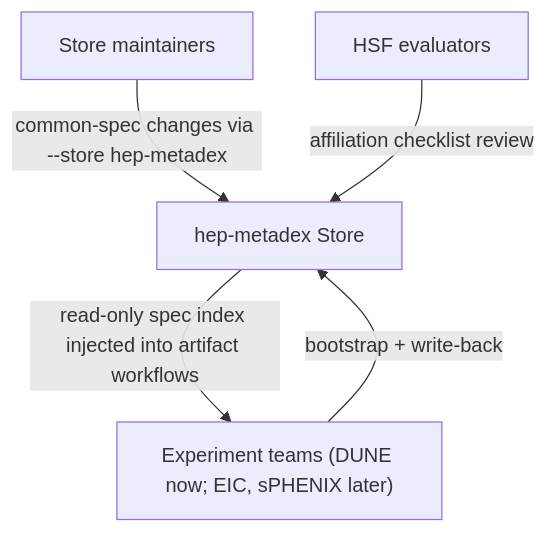
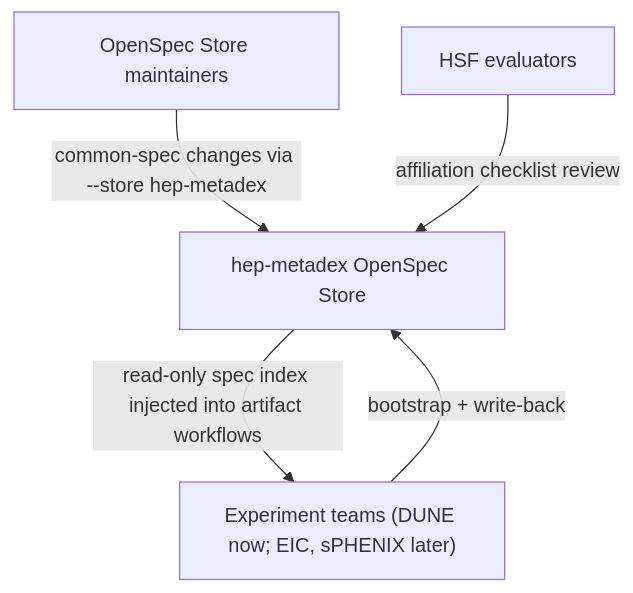
The first of 2 diagrams in openspec/changes/bootstrap-multi-repo-openspec-stores/design.md (DUNE/hep-metadex), drawn with Mermaid before and after one commit. The commit also changed other lines of this file and 7 other files, not shown here.

Commit message:
docs(openspec): namespace OpenSpec terms across planning artifacts

````diff
--- a/openspec/changes/bootstrap-multi-repo-openspec-stores/design.md
+++ b/openspec/changes/bootstrap-multi-repo-openspec-stores/design.md
@@ -9,7 +9,7 @@
 ```mermaid
 flowchart TD
-    maint["Store maintainers"] -->|"common-spec changes via --store hep-metadex"| HM["hep-metadex Store"]
+    maint["OpenSpec Store maintainers"] -->|"common-spec changes via --store hep-metadex"| HM["hep-metadex OpenSpec Store"]
     adopter["Experiment teams (DUNE now; EIC, sPHENIX later)"] -->|"bootstrap + write-back"| HM
     HM -->|"read-only spec index injected into artifact workflows"| adopter
     hsf["HSF evaluators"] -->|"affiliation checklist review"| HM
 ```
````
